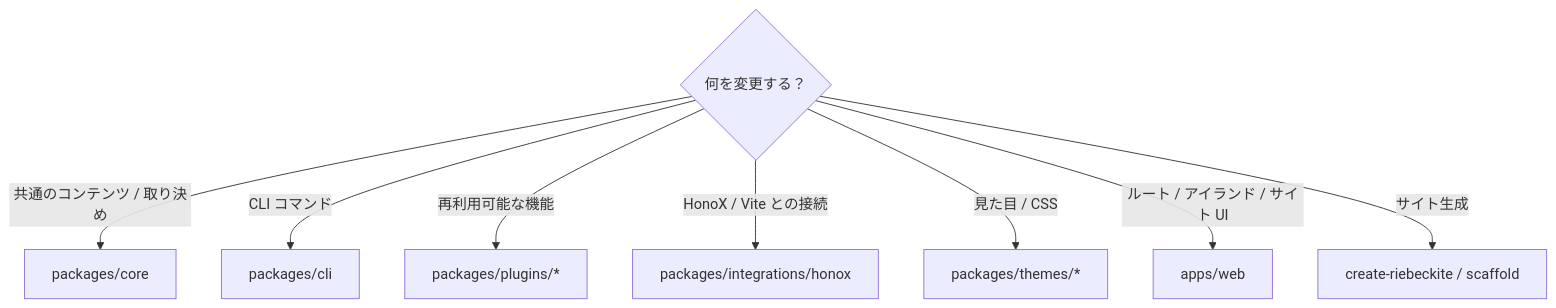
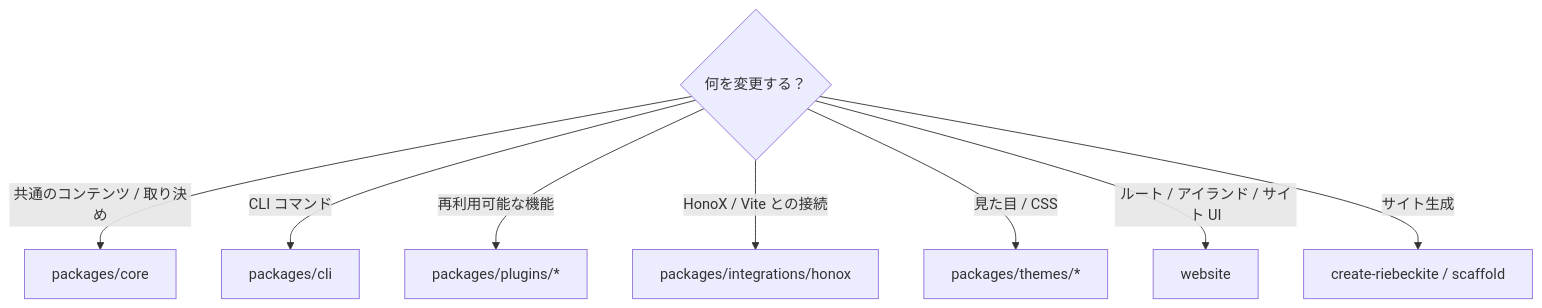
The second of 3 diagrams in docs/docs/framework/development/workflow.ja.md (Rerurate514/riebeckite), drawn with Mermaid before and after one commit. The commit also changed other lines of this file and 125 other files, not shown here.

````diff
--- a/docs/docs/framework/development/workflow.ja.md
+++ b/docs/docs/framework/development/workflow.ja.md
@@ -40,12 +40,12 @@
 ```mermaid id="ud3gdo"
 flowchart TD
     Q{"何を変更する？"}
 
     Q -->|"共通のコンテンツ / 取り決め"| Core["packages/core"]
     Q -->|"CLI コマンド"| CLI["packages/cli"]
     Q -->|"再利用可能な機能"| Plugin["packages/plugins/*"]
     Q -->|"HonoX / Vite との接続"| Integration["packages/integrations/honox"]
     Q -->|"見た目 / CSS"| Theme["packages/themes/*"]
-    Q -->|"ルート / アイランド / サイト UI"| App["apps/web"]
+    Q -->|"ルート / アイランド / サイト UI"| App["website"]
     Q -->|"サイト生成"| Scaffold["create-riebeckite / scaffold"]
 ```
````
